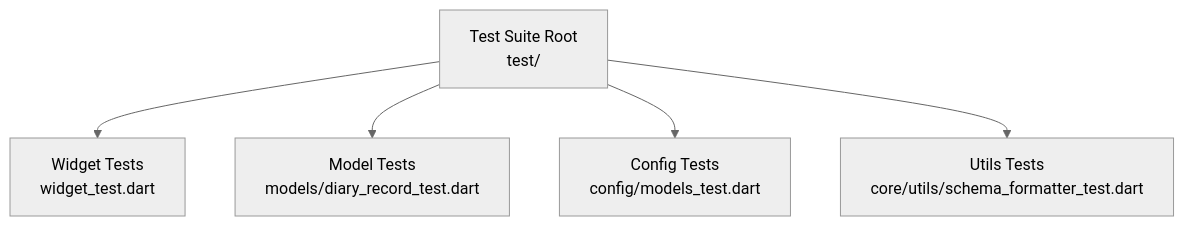
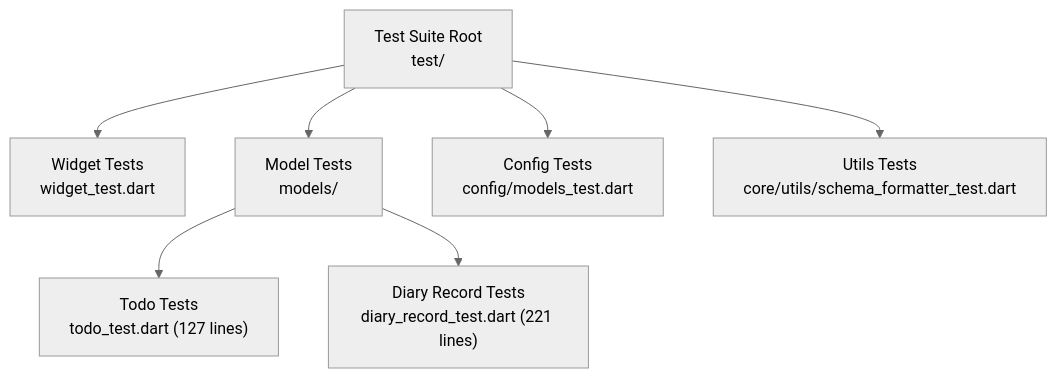
The first of 8 diagrams in .qoder/repowiki/en/content/Testing Strategy.md (favoroo/QNote), drawn with Mermaid (neutral theme) before and after one commit. The commit also changed other lines of this file and 68 other files, not shown here.

````diff
--- a/.qoder/repowiki/en/content/Testing Strategy.md
+++ b/.qoder/repowiki/en/content/Testing Strategy.md
@@ -44,12 +55,16 @@
 ```mermaid
 graph TB
 T["Test Suite Root<br/>test/"]
 TW["Widget Tests<br/>widget_test.dart"]
-TM["Model Tests<br/>models/diary_record_test.dart"]
+TM["Model Tests<br/>models/"]
+TM1["Todo Tests<br/>todo_test.dart (127 lines)"]
+TM2["Diary Record Tests<br/>diary_record_test.dart (221 lines)"]
 TC["Config Tests<br/>config/models_test.dart"]
 TU["Utils Tests<br/>core/utils/schema_formatter_test.dart"]
 T --> TW
 T --> TM
+TM --> TM1
+TM --> TM2
 T --> TC
 T --> TU
 ```
````
